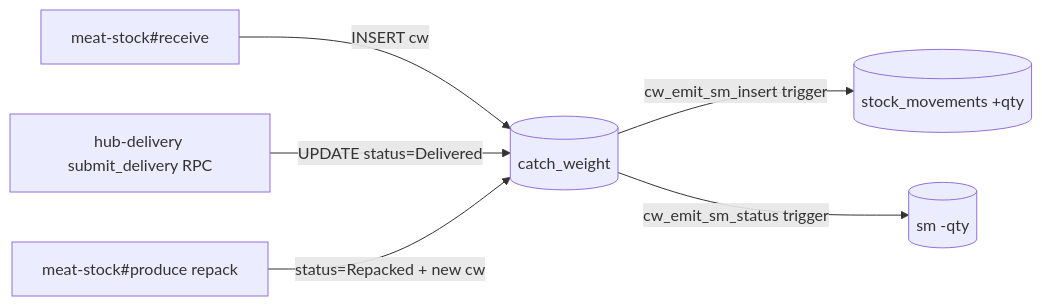
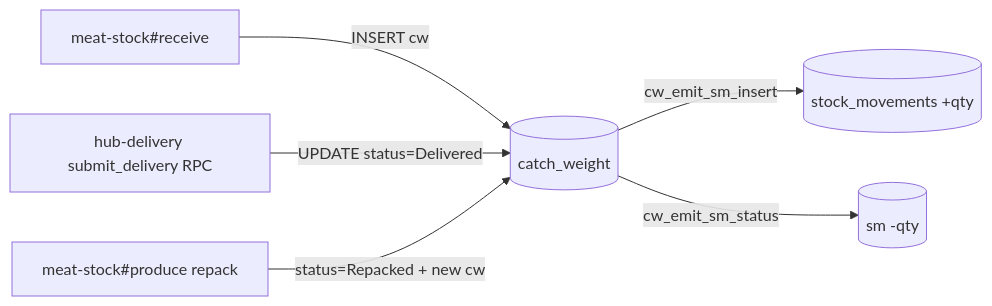
One commit to TTT3P/nntn changed the first of 4 diagrams in BLUEPRINT.md. Above: the diagram before and after it, drawn with Mermaid. The commit also changed other lines of this file and 5 other files, not shown here.

````diff
--- a/BLUEPRINT.md
+++ b/BLUEPRINT.md
@@ -132,8 +145,8 @@
 ```mermaid
 flowchart LR
   A[meat-stock#receive] -->|INSERT cw| CW[(catch_weight)]
-  CW -->|cw_emit_sm_insert trigger| SM[(stock_movements +qty)]
+  CW -->|cw_emit_sm_insert| SM[(stock_movements +qty)]
   H[hub-delivery submit_delivery RPC] -->|UPDATE status=Delivered| CW
-  CW -->|cw_emit_sm_status trigger| SM2[(sm -qty)]
+  CW -->|cw_emit_sm_status| SM2[(sm -qty)]
   P[meat-stock#produce repack] -->|status=Repacked + new cw| CW
 ```
````
